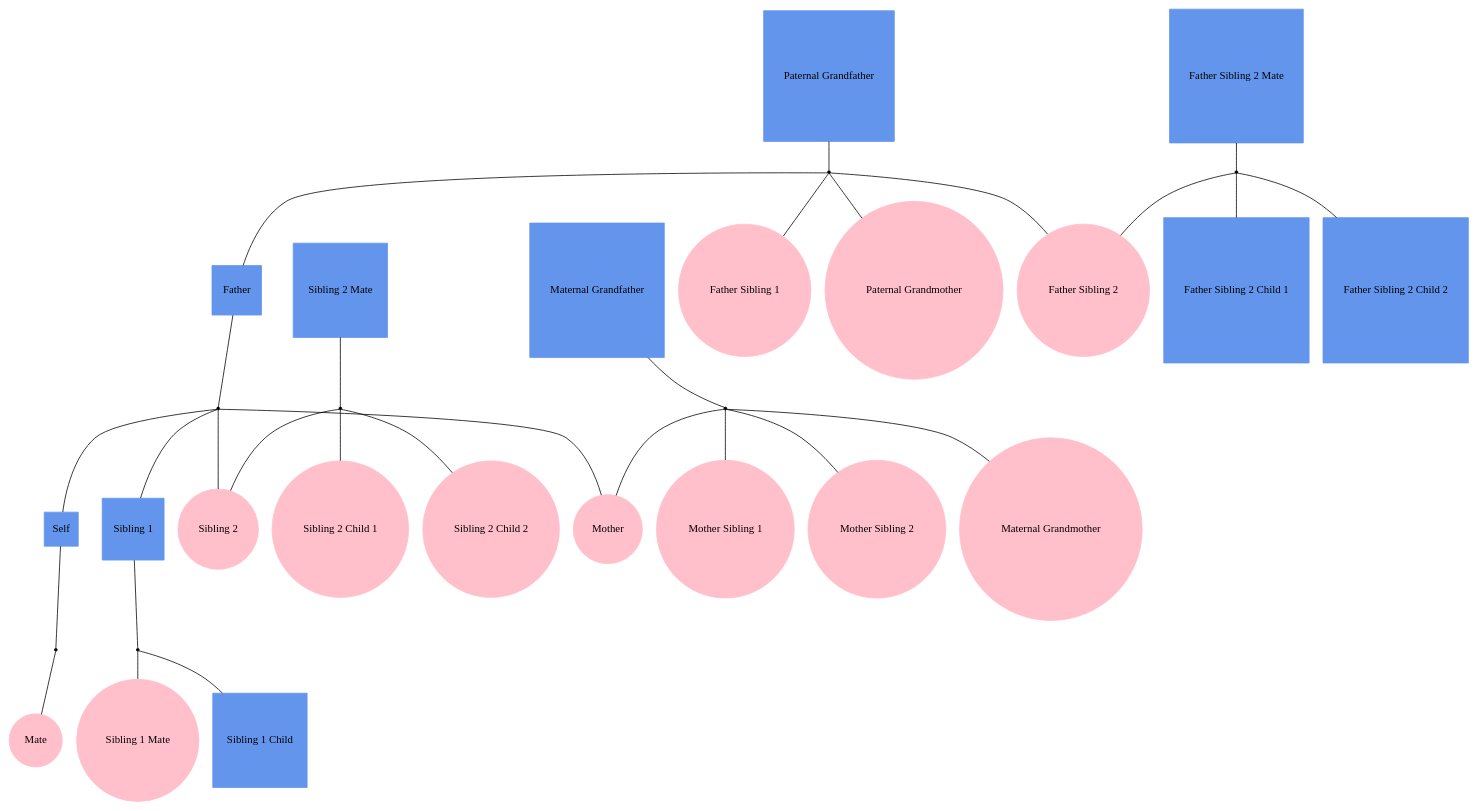
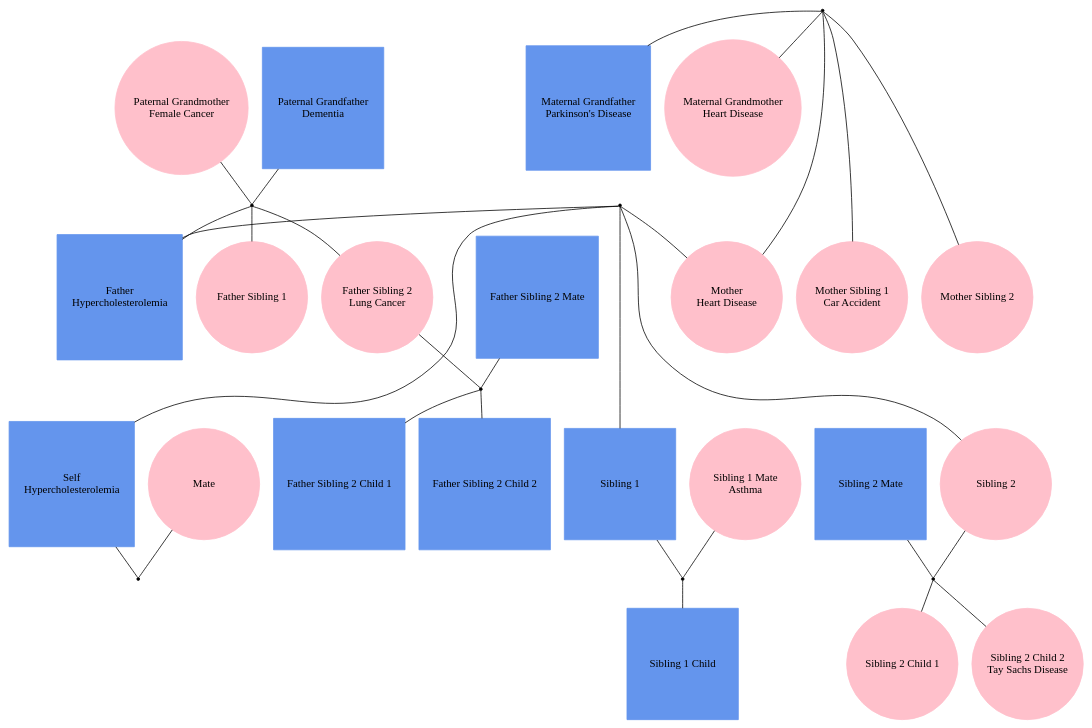
One commit to phewing/teamM_L changed the diagram in encoder/out20.gv. Above: the diagram before and after it, drawn with Graphviz. The commit also changed 22 other files, not shown here.

```diff
--- a/encoder/out20.gv
+++ b/encoder/out20.gv
@@ -1,56 +1,63 @@
 
 graph f20 {
-"Self" [shape=box, style=filled, regular=1, color="cornflowerblue"];
-"Mate" [shape=oval, style=filled, regular=1, color="pink"];
-"Sibling 1" [shape=box, style=filled, regular=1, color="cornflowerblue"];
-"Sibling 1 Mate" [shape=oval, style=filled, regular=1, color="pink"];
-"Sibling 1 Child" [shape=box, style=filled, regular=1, color="cornflowerblue"];
-"Sibling 2" [shape=oval, style=filled, regular=1, color="pink"];
-"Sibling 2 Mate" [shape=box, style=filled, regular=1, color="cornflowerblue"];
-"Sibling 2 Child 1" [shape=oval, style=filled, regular=1, color="pink"];
-"Sibling 2 Child 2" [shape=oval, style=filled, regular=1, color="pink"];
-"Mother" [shape=oval, style=filled, regular=1, color="pink"];
-"Mother Sibling 1" [shape=oval, style=filled, regular=1, color="pink"];
-"Mother Sibling 2" [shape=oval, style=filled, regular=1, color="pink"];
-"Maternal Grandmother" [shape=oval, style=filled, regular=1, color="pink"];
-"Maternal Grandfather" [shape=box, style=filled, regular=1, color="cornflowerblue"];
-"Father" [shape=box, style=filled, regular=1, color="cornflowerblue"];
-"Father Sibling 1" [shape=oval, style=filled, regular=1, color="pink"];
-"Father Sibling 2" [shape=oval, style=filled, regular=1, color="pink"];
-"Father Sibling 2 Mate" [shape=box, style=filled, regular=1, color="cornflowerblue"];
-"Father Sibling 2 Child 1" [shape=box, style=filled, regular=1, color="cornflowerblue"];
-"Father Sibling 2 Child 2" [shape=box, style=filled, regular=1, color="cornflowerblue"];
-"Paternal Grandmother" [shape=oval, style=filled, regular=1, color="pink"];
-"Paternal Grandfather" [shape=box, style=filled, regular=1, color="cornflowerblue"];
+ordering=out;
+
+"Self\nHypercholesterolemia" [fontname="helvetica:bold", width=2, shape=box, style=filled, regular=1, color="cornflowerblue"];
+"Mate" [fontname="helvetica:bold", width=2, shape=oval, style=filled, regular=1, color="pink"];
+"Sibling 1" [fontname="helvetica:bold", width=2, shape=box, style=filled, regular=1, color="cornflowerblue"];
+"Sibling 1 Mate\nAsthma" [fontname="helvetica:bold", width=2, shape=oval, style=filled, regular=1, color="pink"];
+"Sibling 1 Child" [fontname="helvetica:bold", width=2, shape=box, style=filled, regular=1, color="cornflowerblue"];
+"Sibling 2" [fontname="helvetica:bold", width=2, shape=oval, style=filled, regular=1, color="pink"];
+"Sibling 2 Mate" [fontname="helvetica:bold", width=2, shape=box, style=filled, regular=1, color="cornflowerblue"];
+"Sibling 2 Child 1" [fontname="helvetica:bold", width=2, shape=oval, style=filled, regular=1, color="pink"];
+"Sibling 2 Child 2\nTay Sachs Disease" [fontname="helvetica:bold", width=2, shape=oval, style=filled, regular=1, color="pink"];
+"Mother\nHeart Disease" [fontname="helvetica:bold", width=2, shape=oval, style=filled, regular=1, color="pink"];
+"Mother Sibling 1\nCar Accident" [fontname="helvetica:bold", width=2, shape=oval, style=filled, regular=1, color="pink"];
+"Mother Sibling 2" [fontname="helvetica:bold", width=2, shape=oval, style=filled, regular=1, color="pink"];
+"Maternal Grandmother\nHeart Disease" [fontname="helvetica:bold", width=2, shape=oval, style=filled, regular=1, color="pink"];
+"Maternal Grandfather\nParkinson's Disease" [fontname="helvetica:bold", width=2, shape=box, style=filled, regular=1, color="cornflowerblue"];
+"Father\nHypercholesterolemia" [fontname="helvetica:bold", width=2, shape=box, style=filled, regular=1, color="cornflowerblue"];
+"Father Sibling 1" [fontname="helvetica:bold", width=2, shape=oval, style=filled, regular=1, color="pink"];
+"Father Sibling 2\nLung Cancer" [fontname="helvetica:bold", width=2, shape=oval, style=filled, regular=1, color="pink"];
+"Father Sibling 2 Mate" [fontname="helvetica:bold", width=2, shape=box, style=filled, regular=1, color="cornflowerblue"];
+"Father Sibling 2 Child 1" [fontname="helvetica:bold", width=2, shape=box, style=filled, regular=1, color="cornflowerblue"];
+"Father Sibling 2 Child 2" [fontname="helvetica:bold", width=2, shape=box, style=filled, regular=1, color="cornflowerblue"];
+"Paternal Grandmother\nFemale Cancer" [fontname="helvetica:bold", width=2, shape=oval, style=filled, regular=1, color="pink"];
+"Paternal Grandfather\nDementia" [fontname="helvetica:bold", width=2, shape=box, style=filled, regular=1, color="cornflowerblue"];
 
 "self+mate" [shape=point];
 "sibling1+sibling1mate" [shape=point];
 "sibling2mate+sibling2" [shape=point];
 "maternalgrandfather+maternalgrandmother" [shape=point];
 "father+mother" [shape=point];
 "fathersibling2mate+fathersibling2" [shape=point];
 "paternalgrandfather+paternalgrandmother" [shape=point];
 
-"Self" -- "self+mate" -- "Mate";
-"Sibling 1" -- "sibling1+sibling1mate" -- "Sibling 1 Mate";
+"Self\nHypercholesterolemia" -- "self+mate" -- "Mate";
+"Sibling 1" -- "sibling1+sibling1mate" -- "Sibling 1 Mate\nAsthma";
 "Sibling 2 Mate" -- "sibling2mate+sibling2" -- "Sibling 2";
-"Maternal Grandfather" -- "maternalgrandfather+maternalgrandmother" -- "Maternal Grandmother";
-"Father" -- "father+mother" -- "Mother";
-"Father Sibling 2 Mate" -- "fathersibling2mate+fathersibling2" -- "Father Sibling 2";
-"Paternal Grandfather" -- "paternalgrandfather+paternalgrandmother" -- "Paternal Grandmother";
+"Maternal Grandfather\nParkinson's Disease" -- "maternalgrandfather+maternalgrandmother" -- "Maternal Grandmother\nHeart Disease";
+"Father\nHypercholesterolemia" -- "father+mother" -- "Mother\nHeart Disease";
+"Father Sibling 2 Mate" -- "fathersibling2mate+fathersibling2" -- "Father Sibling 2\nLung Cancer";
+"Paternal Grandfather\nDementia" -- "paternalgrandfather+paternalgrandmother" -- "Paternal Grandmother\nFemale Cancer";
 
-"father+mother" -- "Self";
+"father+mother" -- "Self\nHypercholesterolemia";
 "father+mother" -- "Sibling 1";
 "sibling1+sibling1mate" -- "Sibling 1 Child";
 "father+mother" -- "Sibling 2";
 "sibling2mate+sibling2" -- "Sibling 2 Child 1";
-"sibling2mate+sibling2" -- "Sibling 2 Child 2";
-"maternalgrandfather+maternalgrandmother" -- "Mother";
-"maternalgrandfather+maternalgrandmother" -- "Mother Sibling 1";
+"sibling2mate+sibling2" -- "Sibling 2 Child 2\nTay Sachs Disease";
+"maternalgrandfather+maternalgrandmother" -- "Mother\nHeart Disease";
+"maternalgrandfather+maternalgrandmother" -- "Mother Sibling 1\nCar Accident";
 "maternalgrandfather+maternalgrandmother" -- "Mother Sibling 2";
-"paternalgrandfather+paternalgrandmother" -- "Father";
+"paternalgrandfather+paternalgrandmother" -- "Father\nHypercholesterolemia";
 "paternalgrandfather+paternalgrandmother" -- "Father Sibling 1";
-"paternalgrandfather+paternalgrandmother" -- "Father Sibling 2";
+"paternalgrandfather+paternalgrandmother" -- "Father Sibling 2\nLung Cancer";
 "fathersibling2mate+fathersibling2" -- "Father Sibling 2 Child 1";
 "fathersibling2mate+fathersibling2" -- "Father Sibling 2 Child 2";
+
+{rank=same; "Maternal Grandmother\nHeart Disease" "Maternal Grandfather\nParkinson's Disease" "Paternal Grandmother\nFemale Cancer" "Paternal Grandfather\nDementia"}
+{rank=same; "Mother\nHeart Disease" "Mother Sibling 1\nCar Accident" "Mother Sibling 2" "Father\nHypercholesterolemia" "Father Sibling 1" "Father Sibling 2\nLung Cancer" "Father Sibling 2 Mate"}
+{rank=same; "Self\nHypercholesterolemia" "Mate" "Sibling 1" "Sibling 1 Mate\nAsthma" "Sibling 2" "Sibling 2 Mate" "Father Sibling 2 Child 1" "Father Sibling 2 Child 2"}
+{rank=same; "Sibling 1 Child" "Sibling 2 Child 1" "Sibling 2 Child 2\nTay Sachs Disease"}
 }
```
